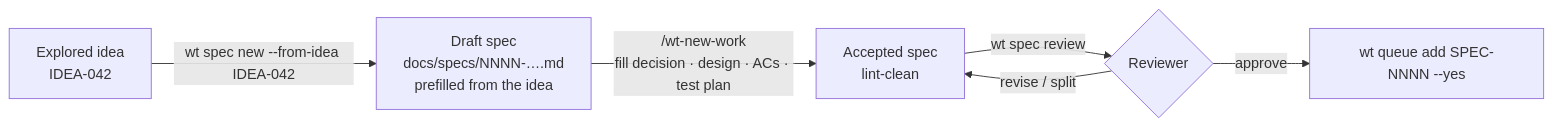
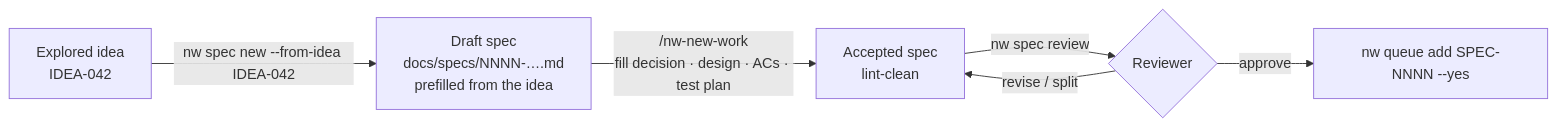
The first of 3 diagrams in docs/product/ideas/spec.md (brunosmmm/nightwright), drawn with Mermaid before and after one commit. The commit also changed other lines of this file and 495 other files, not shown here.

````diff
--- a/docs/product/ideas/spec.md
+++ b/docs/product/ideas/spec.md
@@ -9,8 +9,8 @@
 ```mermaid
 flowchart LR
-    I["Explored idea<br/>IDEA-042"] -- "wt spec new --from-idea IDEA-042" --> D["Draft spec<br/>docs/specs/NNNN-….md<br/>prefilled from the idea"]
-    D -- "/wt-new-work<br/>fill decision · design · ACs · test plan" --> A["Accepted spec<br/>lint-clean"]
-    A -- "wt spec review" --> R{"Reviewer"}
+    I["Explored idea<br/>IDEA-042"] -- "nw spec new --from-idea IDEA-042" --> D["Draft spec<br/>docs/specs/NNNN-….md<br/>prefilled from the idea"]
+    D -- "/nw-new-work<br/>fill decision · design · ACs · test plan" --> A["Accepted spec<br/>lint-clean"]
+    A -- "nw spec review" --> R{"Reviewer"}
     R -- "revise / split" --> A
-    R -- approve --> Q["wt queue add SPEC-NNNN --yes"]
+    R -- approve --> Q["nw queue add SPEC-NNNN --yes"]
 ```
````
